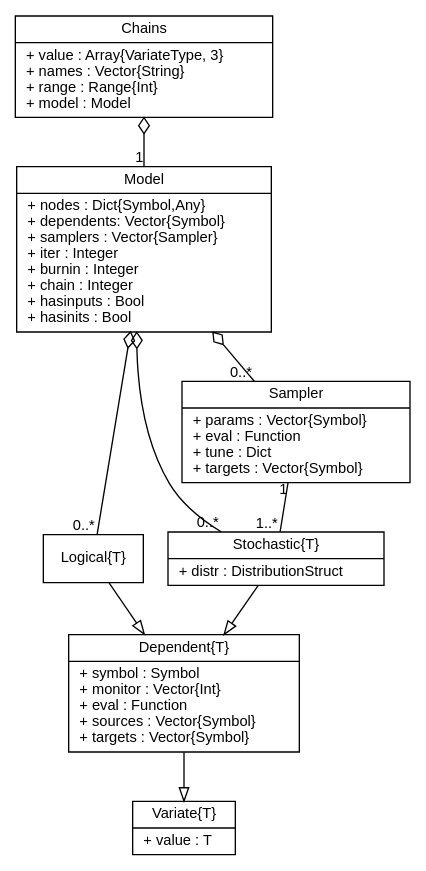
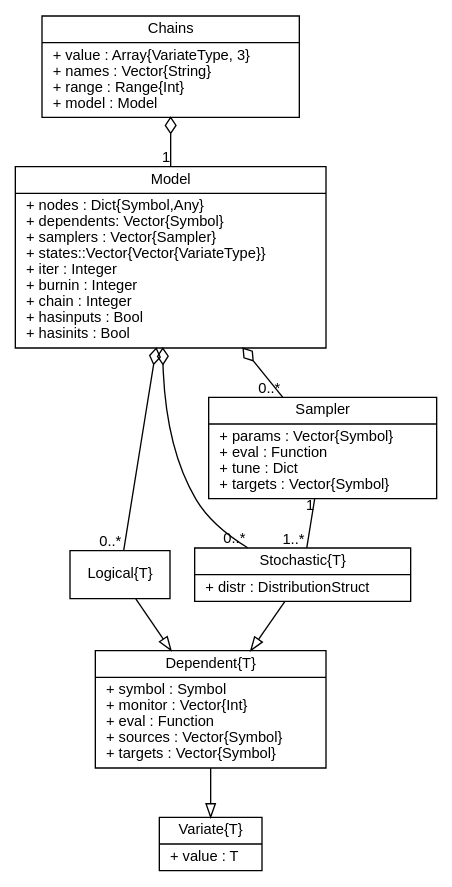
The diagram in doc/images/mcmcUML.dot (brian-j-smith/Mamba.jl), drawn with Graphviz before and after one commit. The commit also changed 4 other files, not shown here.

```diff
--- a/doc/images/mcmcUML.dot
+++ b/doc/images/mcmcUML.dot
@@ -1,34 +1,34 @@
 graph MCMC {
 	fontname = "Helvetica"
 	fontsize = 11
 	overlap = scalexy
 	sep = "+0,26"
 
 	node [fontname = "Helvetica", fontsize = 11, shape = record]
 
 	edge [fontname = "Helvetica", fontsize = 11, dir = both, arrowtail = none, arrowhead = none]
 
 	Variate [label = "{Variate\{T\}|+ value : T\l}"]
 
 	Dependent [label = "{Dependent\{T\}|+ symbol : Symbol\l+ monitor : Vector\{Int\}\l+ eval : Function\l+ sources : Vector\{Symbol\}\l+ targets : Vector\{Symbol\}\l}"]
 	
 	Logical [label = "{Logical\{T\}}"]
 	
 	Stochastic [label = "{Stochastic\{T\}|+ distr : DistributionStruct\l}"]
 
 	Sampler [label = "{Sampler|+ params : Vector\{Symbol\}\l+ eval : Function\l+ tune : Dict\l+ targets : Vector\{Symbol\}\l}"]
 	
-	Model [label = "{Model|+ nodes : Dict\{Symbol,Any\}\l+ dependents: Vector\{Symbol\}\l+ samplers : Vector\{Sampler\}\l+ iter : Integer\l+ burnin : Integer\l+ chain : Integer\l+ hasinputs : Bool\l+ hasinits : Bool\l}"]
+	Model [label = "{Model|+ nodes : Dict\{Symbol,Any\}\l+ dependents: Vector\{Symbol\}\l+ samplers : Vector\{Sampler\}\l+ states::Vector\{Vector\{VariateType\}\}\l+ iter : Integer\l+ burnin : Integer\l+ chain : Integer\l+ hasinputs : Bool\l+ hasinits : Bool\l}"]
 	
 	Chains [label = "{Chains|+ value : Array\{VariateType, 3\}\l+ names : Vector\{String\}\l+ range : Range\{Int\}\l+ model : Model\l}"]
 
 	Dependent -- Variate[len = 0.9, arrowhead = empty]
 	Logical -- Dependent[arrowhead = empty]
 	Stochastic -- Dependent[arrowhead = empty]
 	Sampler -- Stochastic[len = 1.2, taillabel = "1", headlabel = "1..*"]
 	Model -- Sampler[arrowtail = odiamond, headlabel = "0..*"]
 	Model -- Logical[arrowtail = odiamond, headlabel = "0..*"]
 	Model -- Stochastic[arrowtail = odiamond, headlabel = "0..*"]
 	Chains -- Model[len = 1.2, arrowtail = odiamond, headlabel = "1"]
 
 }
```
